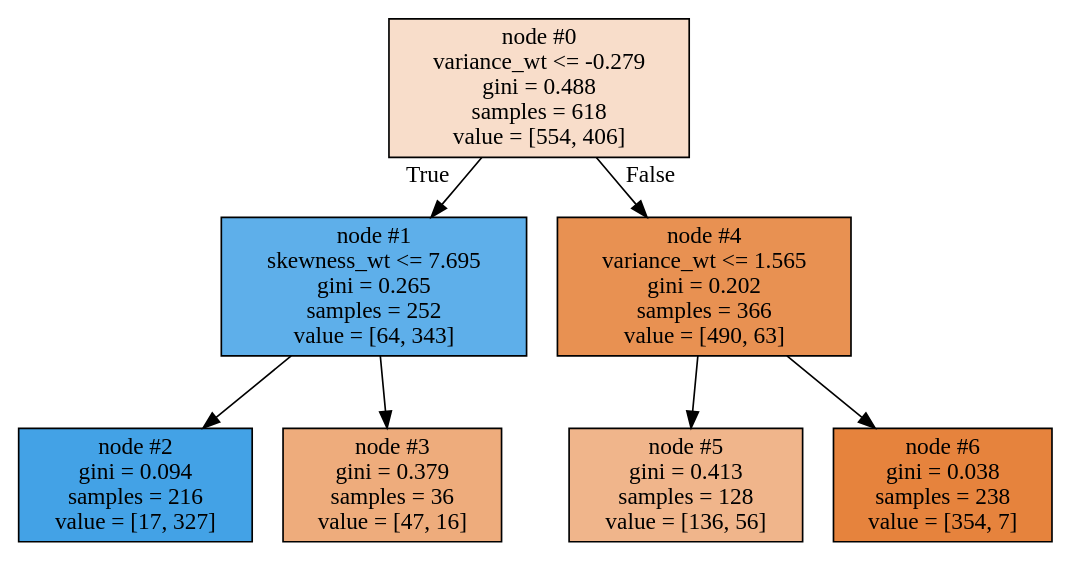
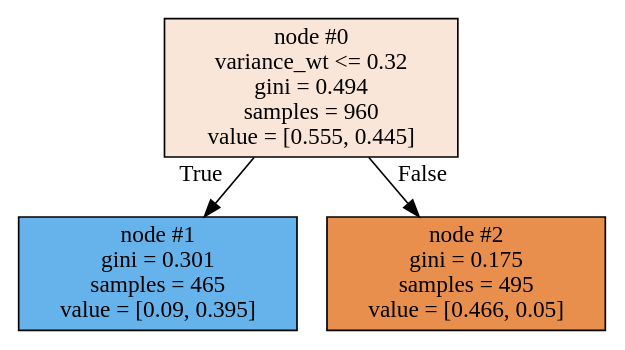
Before and after one commit to xs-abzal/Blogs_stat_examples: the diagram in mytree.dot, drawn with Graphviz. The commit also changed 2 other files, not shown here.

```diff
--- a/mytree.dot
+++ b/mytree.dot
@@ -1,20 +1,11 @@
 digraph Tree {
 node [shape=box, style="filled", color="black"] ;
 graph [ranksep=equally, splines=polyline] ;
-0 [label="node #0\nvariance_wt <= -0.279\ngini = 0.488\nsamples = 618\nvalue = [554, 406]", fillcolor="#f8ddca"] ;
-1 [label="node #1\nskewness_wt <= 7.695\ngini = 0.265\nsamples = 252\nvalue = [64, 343]", fillcolor="#5eafea"] ;
+0 [label="node #0\nvariance_wt <= 0.32\ngini = 0.494\nsamples = 960\nvalue = [0.555, 0.445]", fillcolor="#fae6d8"] ;
+1 [label="node #1\ngini = 0.301\nsamples = 465\nvalue = [0.09, 0.395]", fillcolor="#66b3eb"] ;
 0 -> 1 [labeldistance=2.5, labelangle=45, headlabel="True"] ;
-2 [label="node #2\ngini = 0.094\nsamples = 216\nvalue = [17, 327]", fillcolor="#43a2e6"] ;
-1 -> 2 ;
-3 [label="node #3\ngini = 0.379\nsamples = 36\nvalue = [47, 16]", fillcolor="#eeac7c"] ;
-1 -> 3 ;
-4 [label="node #4\nvariance_wt <= 1.565\ngini = 0.202\nsamples = 366\nvalue = [490, 63]", fillcolor="#e89152"] ;
-0 -> 4 [labeldistance=2.5, labelangle=-45, headlabel="False"] ;
-5 [label="node #5\ngini = 0.413\nsamples = 128\nvalue = [136, 56]", fillcolor="#f0b58b"] ;
-4 -> 5 ;
-6 [label="node #6\ngini = 0.038\nsamples = 238\nvalue = [354, 7]", fillcolor="#e6833d"] ;
-4 -> 6 ;
+2 [label="node #2\ngini = 0.175\nsamples = 495\nvalue = [0.466, 0.05]", fillcolor="#e88f4e"] ;
+0 -> 2 [labeldistance=2.5, labelangle=-45, headlabel="False"] ;
 {rank=same ; 0} ;
-{rank=same ; 1; 4} ;
-{rank=same ; 2; 3; 5; 6} ;
+{rank=same ; 1; 2} ;
 }
```
